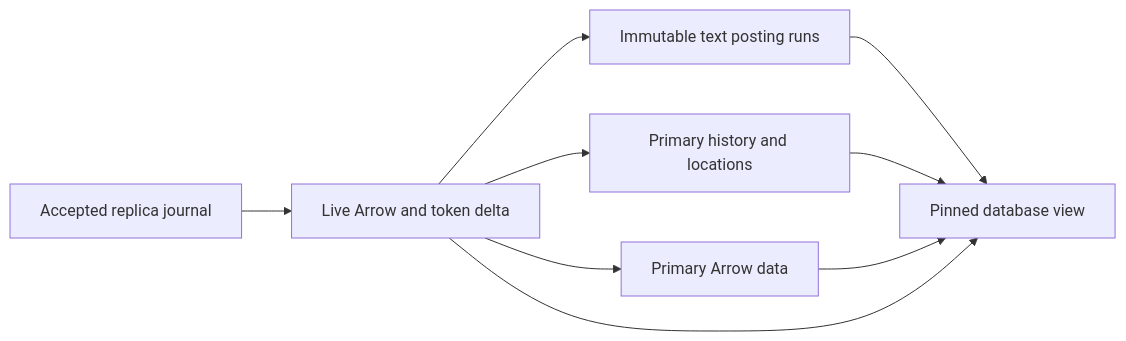
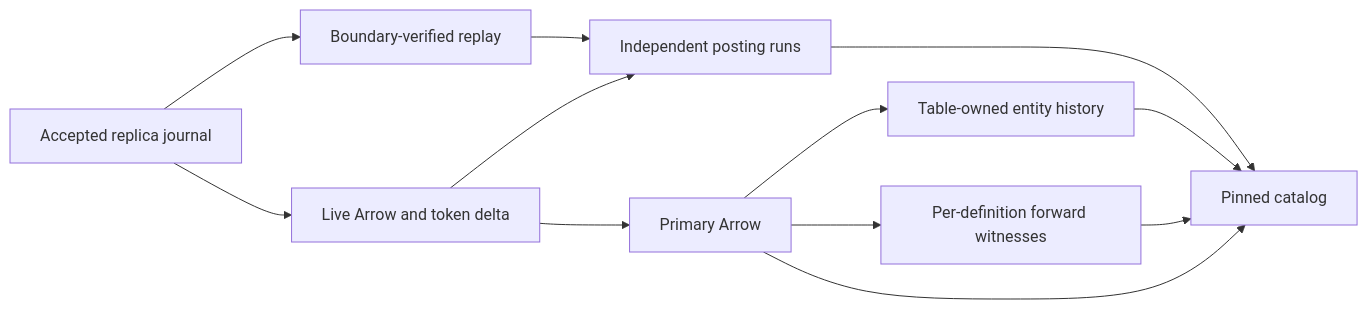
One commit to bijectionhq/rtdb changed the first of 2 diagrams in dev/doc/rtdb-fts-logical-postings.md. Above: the diagram before and after it, drawn with Mermaid. The commit also changed other lines of this file and 75 other files, not shown here.

First line of the commit message:
fix(search): format 16 reads shared history across posting gaps

````diff
--- a/dev/doc/rtdb-fts-logical-postings.md
+++ b/dev/doc/rtdb-fts-logical-postings.md
@@ -29,17 +46,14 @@
 ```mermaid
 flowchart LR
-    Log["Accepted replica journal"]
-    Live["Live Arrow and token delta"]
-    Run["Immutable text posting runs"]
-    Hist["Primary history and locations"]
-    Primary["Primary Arrow data"]
-    Cut["Pinned database view"]
-    Log --> Live
+    Journal["Accepted replica journal"] --> Live["Live Arrow and token delta"]
+    Journal --> Repair["Boundary-verified replay"]
+    Repair --> Run["Independent posting runs"]
     Live --> Run
-    Live --> Hist
-    Live --> Primary
-    Run --> Cut
-    Hist --> Cut
+    Live --> Primary["Primary Arrow"]
+    Primary --> History["Table-owned entity history"]
+    Primary --> Forward["Per-definition forward witnesses"]
+    Run --> Cut["Pinned catalog"]
+    History --> Cut
+    Forward --> Cut
     Primary --> Cut
-    Live --> Cut
 ```
````
